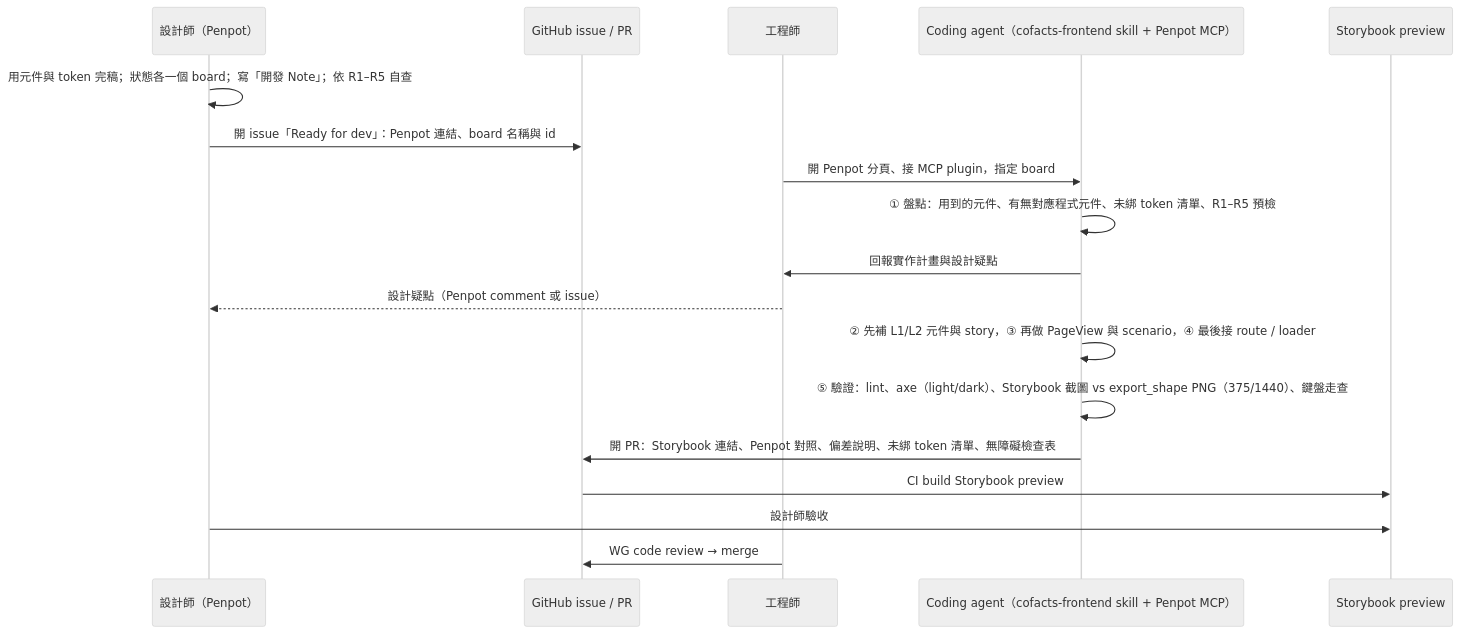
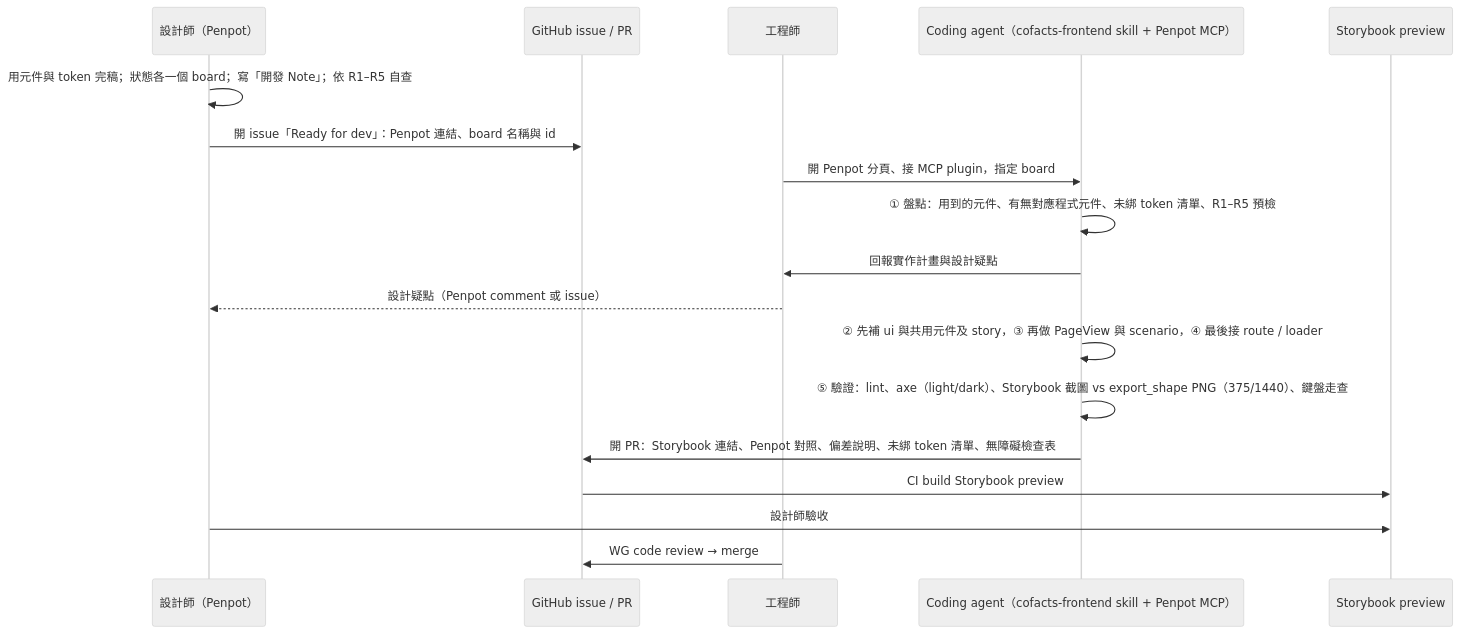
Before and after one commit to cofacts/kb: the second of 2 diagrams in src/technical-design/cofacts.ai/Phase 3 網站遷移與前端架構.md, drawn with Mermaid (neutral theme). The commit also changed other lines of this file, not shown here.

First line of the commit message:
Simplify component layers to ui / shared / route -components

````diff
--- a/src/technical-design/cofacts.ai/Phase 3 網站遷移與前端架構.md
+++ b/src/technical-design/cofacts.ai/Phase 3 網站遷移與前端架構.md
@@ -746,21 +757,21 @@
 ```mermaid
 sequenceDiagram
   participant D as 設計師（Penpot）
   participant GH as GitHub issue / PR
   participant E as 工程師
   participant A as Coding agent（cofacts-frontend skill + Penpot MCP）
   participant SB as Storybook preview
 
   D->>D: 用元件與 token 完稿；狀態各一個 board；寫「開發 Note」；依 R1–R5 自查
   D->>GH: 開 issue「Ready for dev」：Penpot 連結、board 名稱與 id
   E->>A: 開 Penpot 分頁、接 MCP plugin，指定 board
   A->>A: ① 盤點：用到的元件、有無對應程式元件、未綁 token 清單、R1–R5 預檢
   A->>E: 回報實作計畫與設計疑點
   E-->>D: 設計疑點（Penpot comment 或 issue）
-  A->>A: ② 先補 L1/L2 元件與 story，③ 再做 PageView 與 scenario，④ 最後接 route / loader
+  A->>A: ② 先補 ui 與共用元件及 story，③ 再做 PageView 與 scenario，④ 最後接 route / loader
   A->>A: ⑤ 驗證：lint、axe（light/dark）、Storybook 截圖 vs export_shape PNG（375/1440）、鍵盤走查
   A->>GH: 開 PR：Storybook 連結、Penpot 對照、偏差說明、未綁 token 清單、無障礙檢查表
   GH->>SB: CI build Storybook preview
   D->>SB: 設計師驗收
   E->>GH: WG code review → merge
 ```
````
